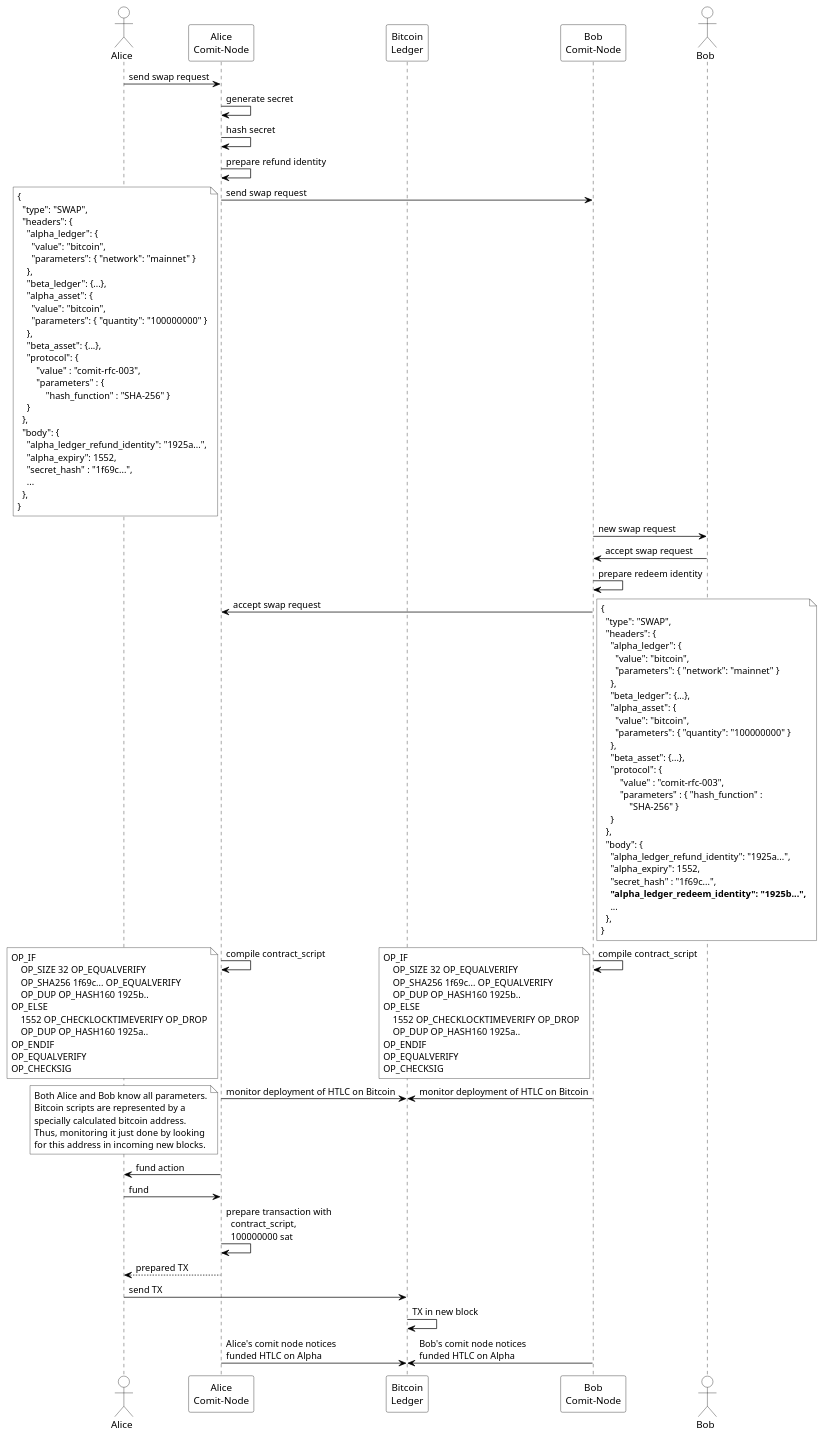
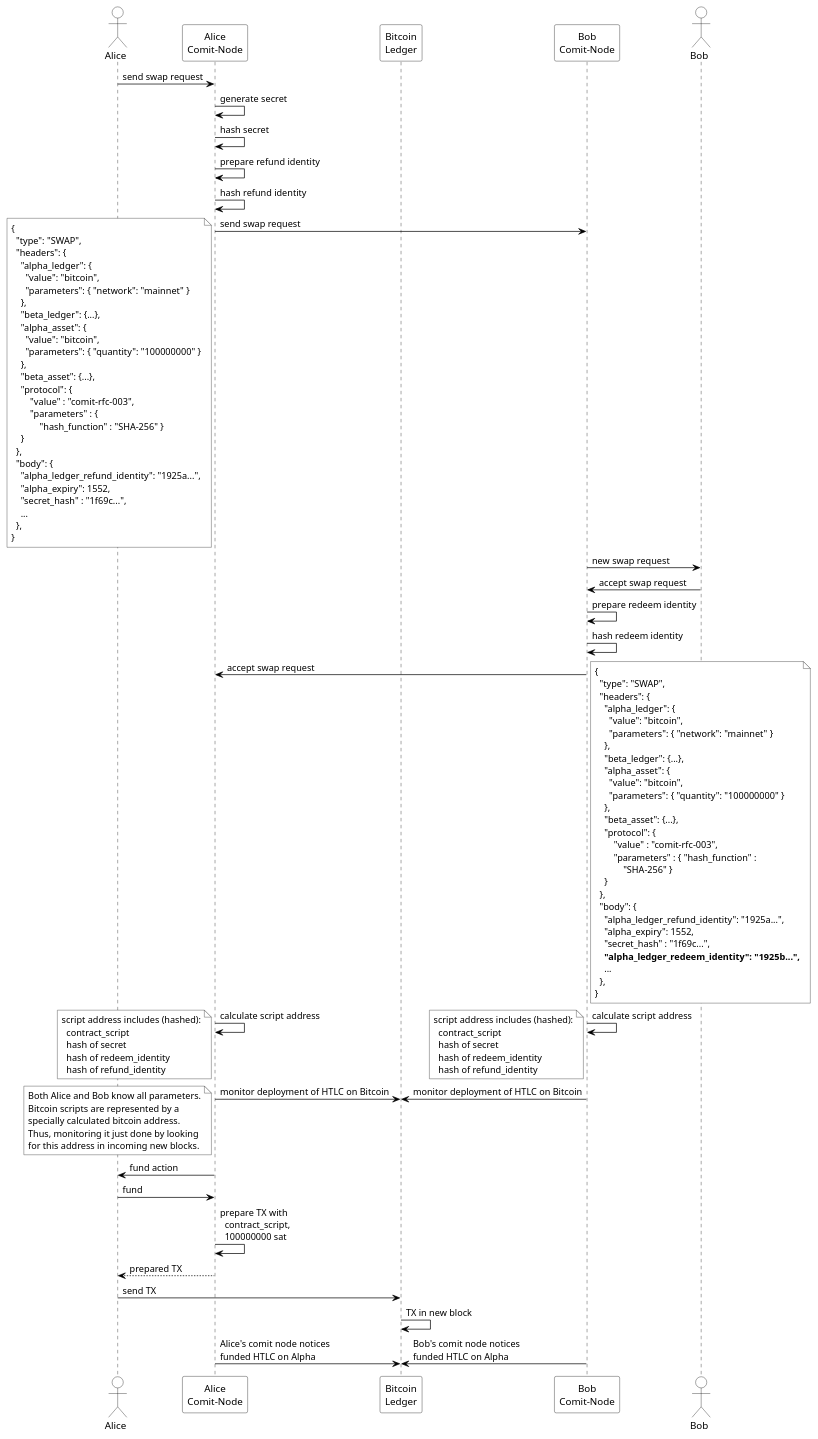
The diagram in assets/RFC005-Bitcoin-HTLC-Deployment.puml (comit-network/RFCs), drawn with PlantUML before and after one commit. The commit also changed other lines of this file and 2 other files, not shown here.

Commit message:
bitcoin HTLC redeem and refund

```diff
--- a/assets/RFC005-Bitcoin-HTLC-Deployment.puml
+++ b/assets/RFC005-Bitcoin-HTLC-Deployment.puml
@@ -4,144 +4,136 @@
 @startuml
 ' #################################################
 ' SETTINGS: color settings of diagram
 ' #################################################
 skinparam sequence {
 	BorderColor black
 	ArrowColor black
 	ActorBorderColor black
 	LifeLineBorderColor black
 	LifeLineBackgroundColor white
 	
 	ParticipantBorderColor black
 	ParticipantBackgroundColor white
 	ParticipantFontColor black
 	
 	ActorBackgroundColor white
 	ActorFontColor black
 }
 ' #################################################
 ' ACTORS
 ' #################################################
 actor Alice
 participant "Alice\nComit-Node" as AC
 participant "Bitcoin\nLedger" as Alpha
 participant "Bob\nComit-Node" as BC
 actor Bob
 
 ' allow parallelism
 !pragma teoz true
 
 ' #################################################
 ' DIAGRAM
 ' #################################################
 Alice->AC: send swap request
 AC->AC: generate secret
 AC->AC: hash secret
 AC->AC: prepare refund identity
+AC->AC: hash refund identity
 AC->BC: send swap request
 note left #white
 {
   "type": "SWAP",
   "headers": {
     "alpha_ledger": {
       "value": "bitcoin",
       "parameters": { "network": "mainnet" }
     },
     "beta_ledger": {...},
     "alpha_asset": {
       "value": "bitcoin",
       "parameters": { "quantity": "100000000" }
     },
     "beta_asset": {...},
     "protocol": {
         "value" : "comit-rfc-003",
         "parameters" : {
             "hash_function" : "SHA-256" }
     }
   },
   "body": {
     "alpha_ledger_refund_identity": "1925a...",
     "alpha_expiry": 1552,
     "secret_hash" : "1f69c...",
     ...
   },
 }
 end note
 BC->Bob: new swap request
 Bob->BC: accept swap request
 BC->BC: prepare redeem identity
+BC->BC: hash redeem identity
 BC->AC: accept swap request
 note right #white
 {
   "type": "SWAP",
   "headers": {
     "alpha_ledger": {
       "value": "bitcoin",
       "parameters": { "network": "mainnet" }
     },
     "beta_ledger": {...},
     "alpha_asset": {
       "value": "bitcoin",
       "parameters": { "quantity": "100000000" }
     },
     "beta_asset": {...},
     "protocol": {
         "value" : "comit-rfc-003",
         "parameters" : { "hash_function" :
             "SHA-256" }
     }
   },
   "body": {
     "alpha_ledger_refund_identity": "1925a...",
     "alpha_expiry": 1552,
     "secret_hash" : "1f69c...",
     **"alpha_ledger_redeem_identity": "1925b...",**
     ...
   },
 }
 end note
-BC->BC: compile contract_script
+BC->BC: calculate script address
 note left #white
-OP_IF
-    OP_SIZE 32 OP_EQUALVERIFY
-    OP_SHA256 1f69c... OP_EQUALVERIFY
-    OP_DUP OP_HASH160 1925b..
-OP_ELSE
-    1552 OP_CHECKLOCKTIMEVERIFY OP_DROP
-    OP_DUP OP_HASH160 1925a..
-OP_ENDIF
-OP_EQUALVERIFY
-OP_CHECKSIG
+script address includes (hashed):
+  contract_script
+  hash of secret
+  hash of redeem_identity
+  hash of refund_identity
 end note
-& AC->AC: compile contract_script
+& AC->AC: calculate script address
 note left #white
-OP_IF
-    OP_SIZE 32 OP_EQUALVERIFY
-    OP_SHA256 1f69c... OP_EQUALVERIFY
-    OP_DUP OP_HASH160 1925b..
-OP_ELSE
-    1552 OP_CHECKLOCKTIMEVERIFY OP_DROP
-    OP_DUP OP_HASH160 1925a..
-OP_ENDIF
-OP_EQUALVERIFY
-OP_CHECKSIG
+script address includes (hashed):
+  contract_script
+  hash of secret
+  hash of redeem_identity
+  hash of refund_identity
 end note
 BC->Alpha: monitor deployment of HTLC on Bitcoin
 & AC->Alpha: monitor deployment of HTLC on Bitcoin
 note left #white
 	Both Alice and Bob know all parameters.
 	Bitcoin scripts are represented by a
 	specially calculated bitcoin address.
 	Thus, monitoring it just done by looking
 	for this address in incoming new blocks.
 end note
 AC->Alice: fund action
 Alice->AC: fund
-AC->AC: prepare transaction with\n  contract_script,\n  100000000 sat
+AC->AC: prepare TX with\n  contract_script,\n  100000000 sat
 AC-->Alice: prepared TX
 Alice->Alpha: send TX
 Alpha->Alpha: TX in new block
 AC->Alpha: Alice's comit node notices\nfunded HTLC on Alpha
 & BC->Alpha: Bob's comit node notices\nfunded HTLC on Alpha
 
 @enduml
```
